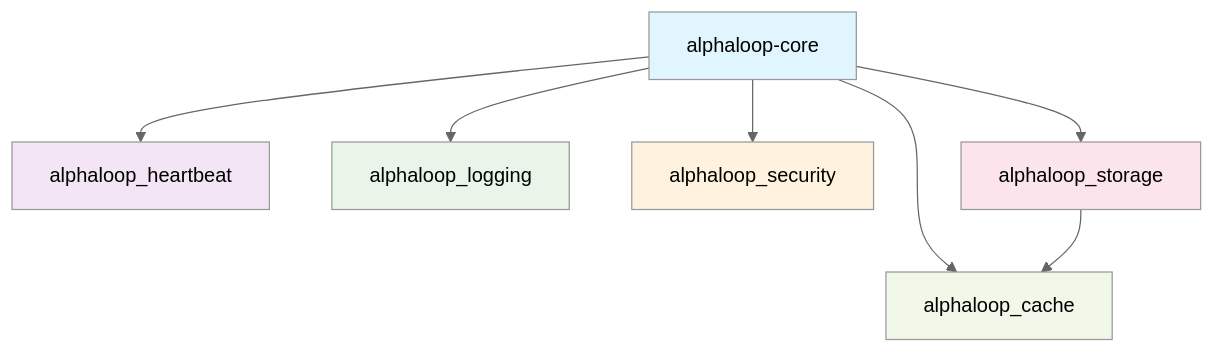
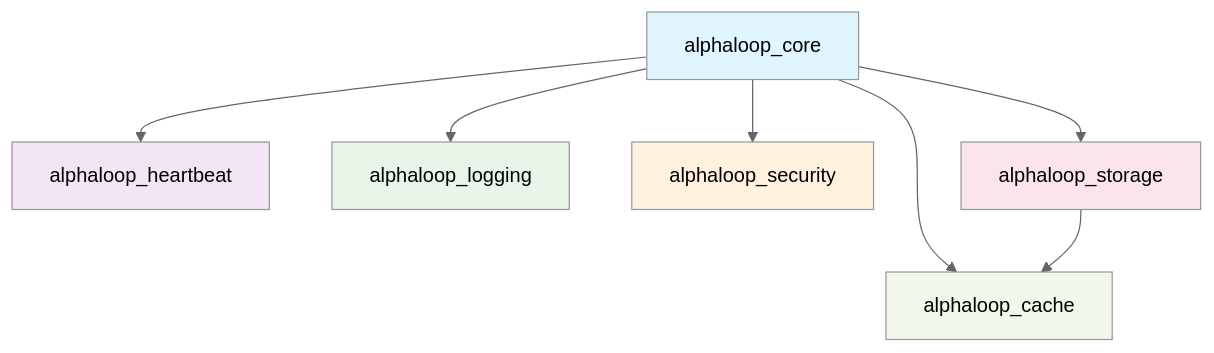
Before and after one commit to alphaloopbot/alphaloop-core: the diagram in src/infrastructure/README.md, drawn with Mermaid (neutral theme). The commit also changed other lines of this file, not shown here.

````diff
--- a/src/infrastructure/README.md
+++ b/src/infrastructure/README.md
@@ -17,17 +17,17 @@
 ```mermaid
 graph TD
-    A[alphaloop-core] --> B[alphaloop_heartbeat]
+    A[alphaloop_core] --> B[alphaloop_heartbeat]
     A --> C[alphaloop_logging]
     A --> D[alphaloop_security]
     A --> E[alphaloop_storage]
     A --> F[alphaloop_cache]
 
     E --> F[alphaloop_cache]
 
     style A fill:#e1f5fe
     style B fill:#f3e5f5
     style C fill:#e8f5e8
     style D fill:#fff3e0
     style E fill:#fce4ec
     style F fill:#f1f8e9
 ```
````
